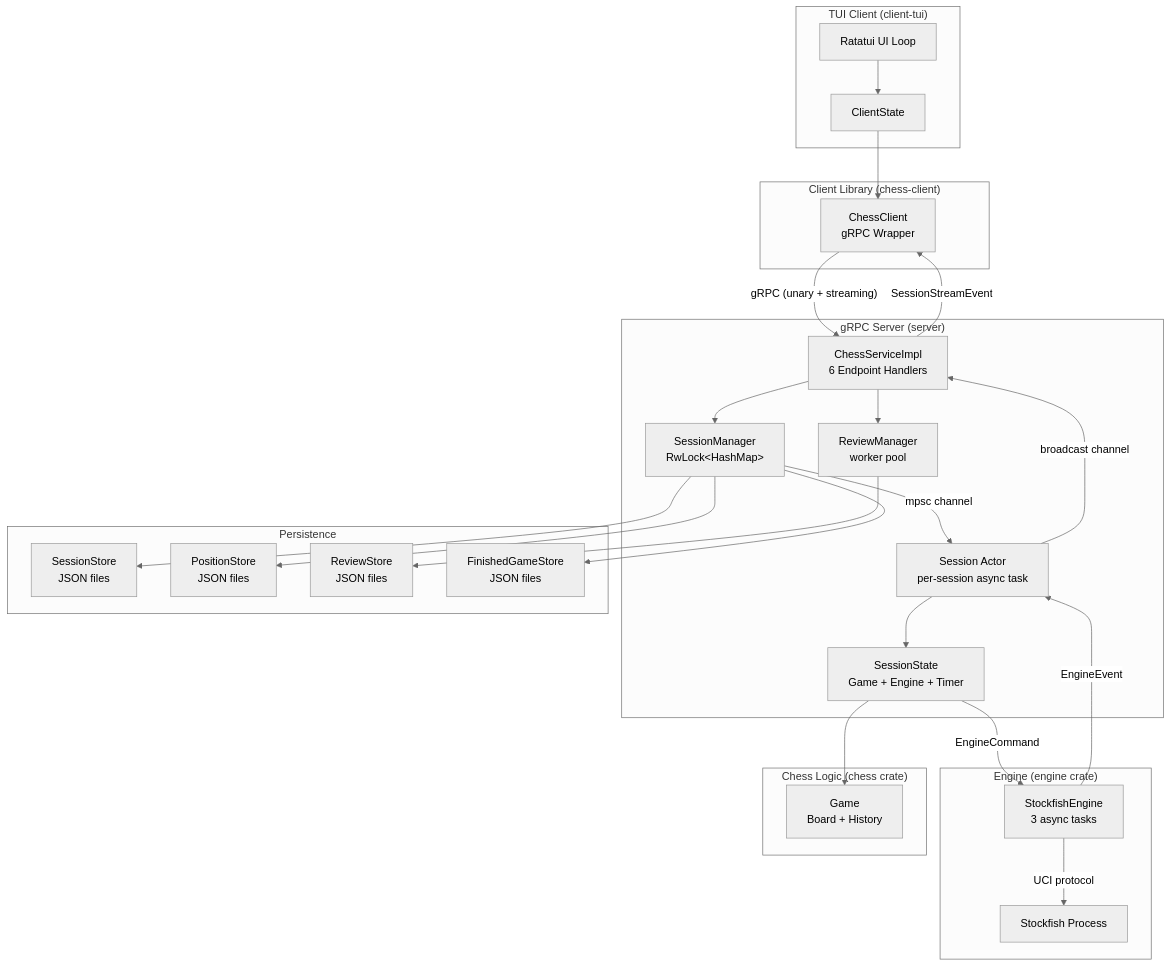
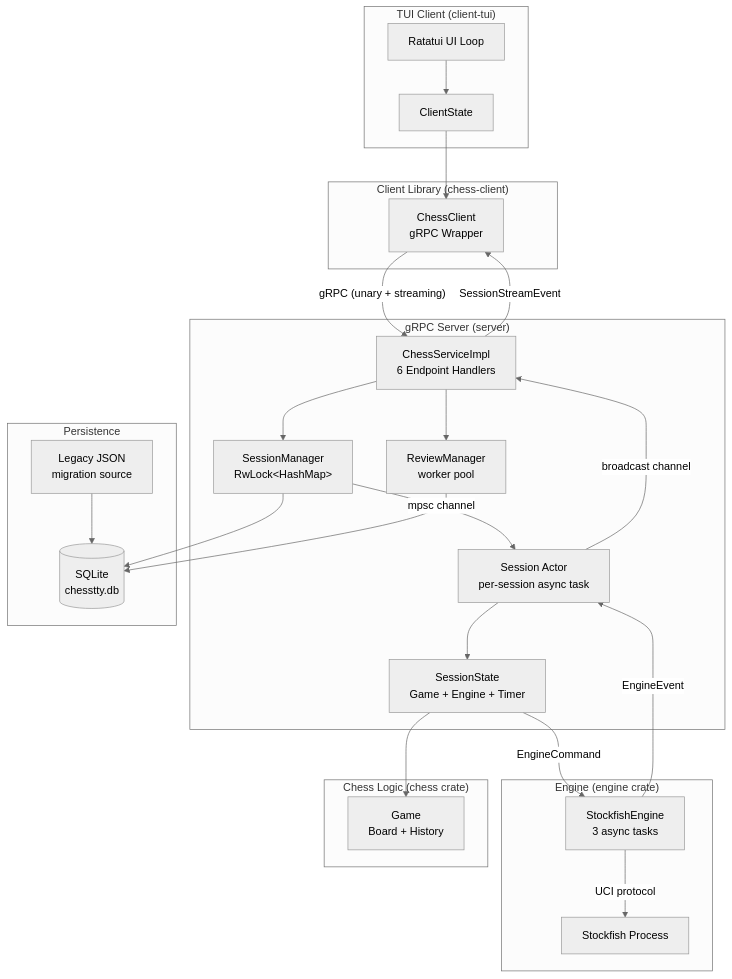
Before and after one commit to benediktms/chesstty: the first of 2 diagrams in README.md, drawn with Mermaid (neutral theme). The commit also changed other lines of this file and 4 other files, not shown here.

````diff
--- a/README.md
+++ b/README.md
@@ -9,53 +9,50 @@
 ```mermaid
 graph TB
     subgraph Client ["TUI Client (client-tui)"]
         UI[Ratatui UI Loop]
         CS[ClientState]
     end
 
     subgraph ClientLib ["Client Library (chess-client)"]
         GC[ChessClient<br/>gRPC Wrapper]
     end
 
     subgraph Server ["gRPC Server (server)"]
         SVC[ChessServiceImpl<br/>6 Endpoint Handlers]
         SM[SessionManager<br/>RwLock&lt;HashMap&gt;]
         SA[Session Actor<br/>per-session async task]
         SS[SessionState<br/>Game + Engine + Timer]
         RM[ReviewManager<br/>worker pool]
     end
 
     subgraph Engine ["Engine (engine crate)"]
         SF[StockfishEngine<br/>3 async tasks]
         SP[Stockfish Process]
     end
 
     subgraph Domain ["Chess Logic (chess crate)"]
         G[Game<br/>Board + History]
     end
 
     subgraph Storage ["Persistence"]
-        PS[SessionStore<br/>JSON files]
-        PP[PositionStore<br/>JSON files]
-        RS[ReviewStore<br/>JSON files]
-        FG[FinishedGameStore<br/>JSON files]
+        DB[(SQLite<br/>chesstty.db)]
+        LJ[Legacy JSON<br/>migration source]
     end
 
     UI --> CS
     CS --> GC
     GC -->|"gRPC (unary + streaming)"| SVC
     SVC --> SM
     SM -->|"mpsc channel"| SA
     SA --> SS
     SS --> G
     SS -->|"EngineCommand"| SF
     SF -->|"UCI protocol"| SP
     SF -->|"EngineEvent"| SA
     SA -->|"broadcast channel"| SVC
     SVC -->|"SessionStreamEvent"| GC
     SVC --> RM
-    RM --> RS
-    SM --> FG
-    SM --> PS
-    SM --> PP
+    SM --> DB
+    RM --> DB
+    LJ --> DB
 ```
````
